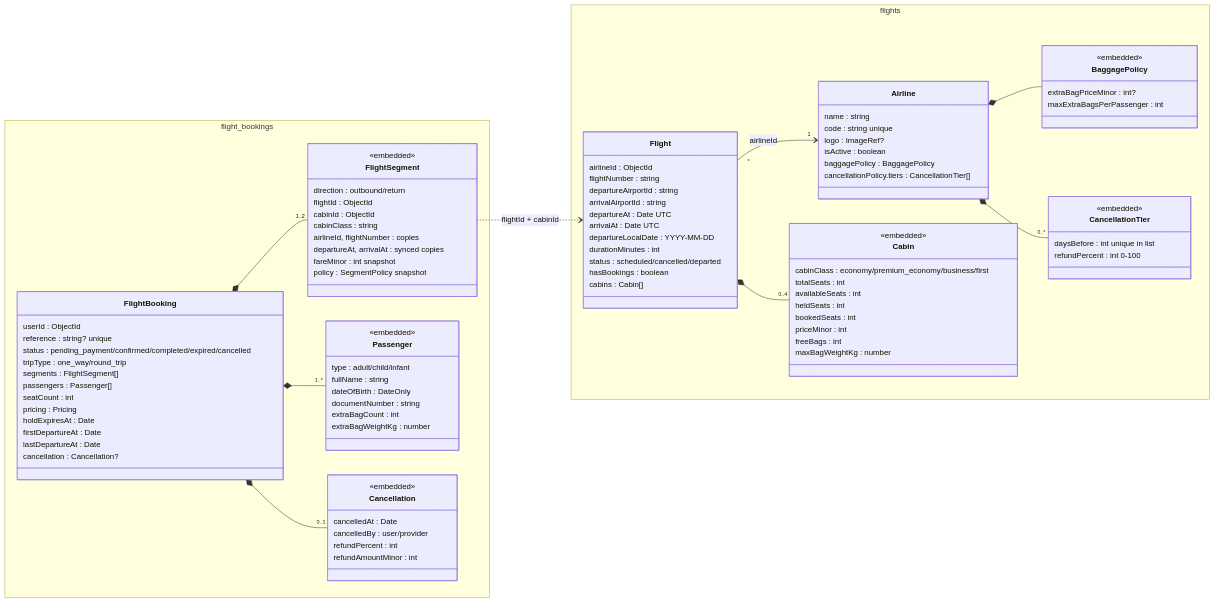
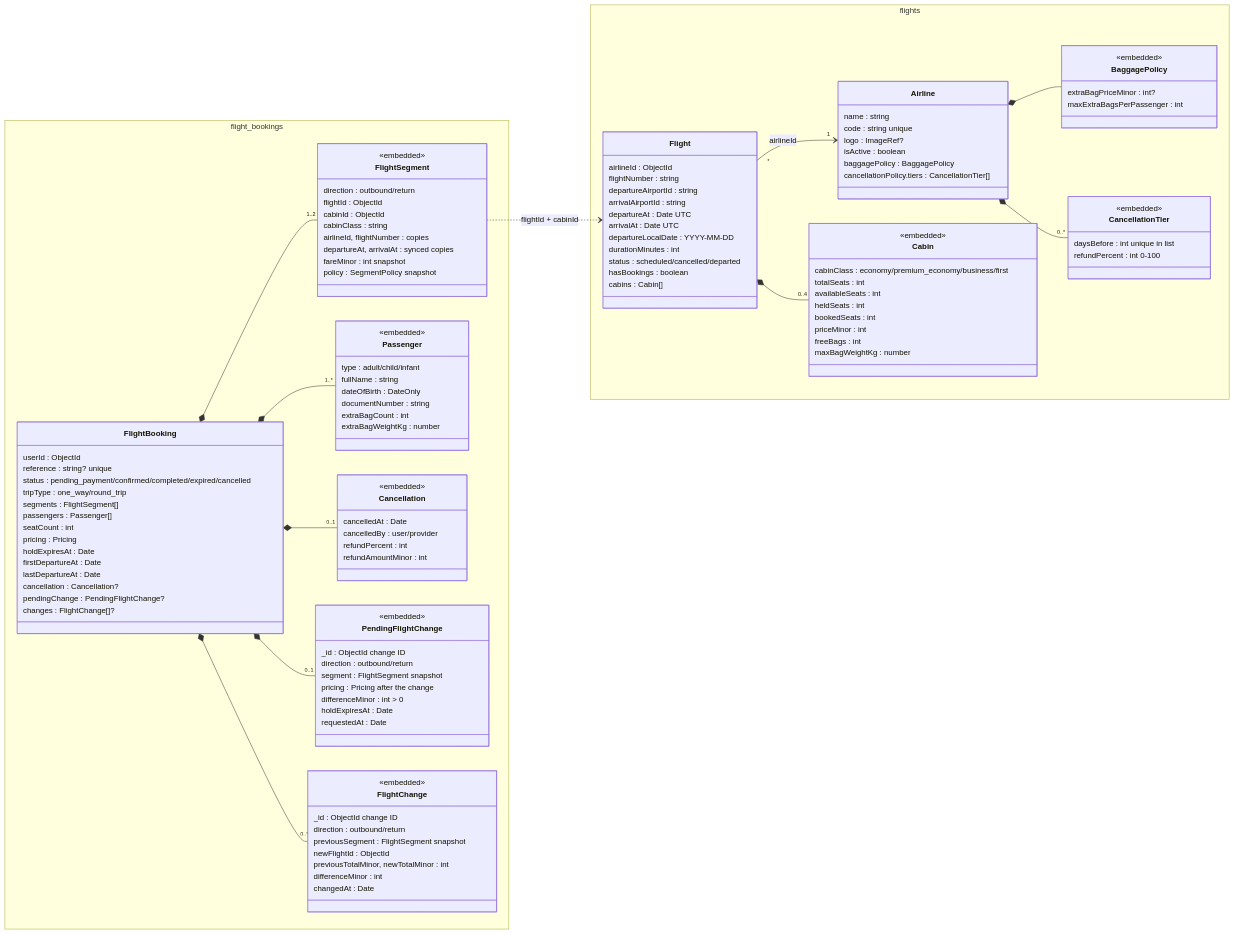
Before and after one commit to Host173/Man2o4ah: the third of 7 diagrams in docs/database/class-diagrams.md, drawn with Mermaid. The commit also changed 3 other files, not shown here.

Commit message:
feat(flight-bookings): add pending change and change history to flight bookings (FLT-27)

````diff
--- a/docs/database/class-diagrams.md
+++ b/docs/database/class-diagrams.md
@@ -233,6 +233,8 @@
       firstDepartureAt : Date
       lastDepartureAt : Date
       cancellation : Cancellation?
+      pendingChange : PendingFlightChange?
+      changes : FlightChange[]?
     }
     class FlightSegment {
       <<embedded>>
@@ -261,6 +263,26 @@
       refundPercent : int
       refundAmountMinor : int
     }
+    class PendingFlightChange {
+      <<embedded>>
+      _id : ObjectId change ID
+      direction : outbound/return
+      segment : FlightSegment snapshot
+      pricing : Pricing after the change
+      differenceMinor : int > 0
+      holdExpiresAt : Date
+      requestedAt : Date
+    }
+    class FlightChange {
+      <<embedded>>
+      _id : ObjectId change ID
+      direction : outbound/return
+      previousSegment : FlightSegment snapshot
+      newFlightId : ObjectId
+      previousTotalMinor, newTotalMinor : int
+      differenceMinor : int
+      changedAt : Date
+    }
   }
   Airline *-- BaggagePolicy
   Airline *-- "0..*" CancellationTier
@@ -269,5 +291,7 @@
   FlightBooking *-- "1..2" FlightSegment
   FlightBooking *-- "1..*" Passenger
   FlightBooking *-- "0..1" Cancellation
+  FlightBooking *-- "0..1" PendingFlightChange
+  FlightBooking *-- "0..*" FlightChange
   FlightSegment ..> Flight : flightId + cabinId
 ```
````
